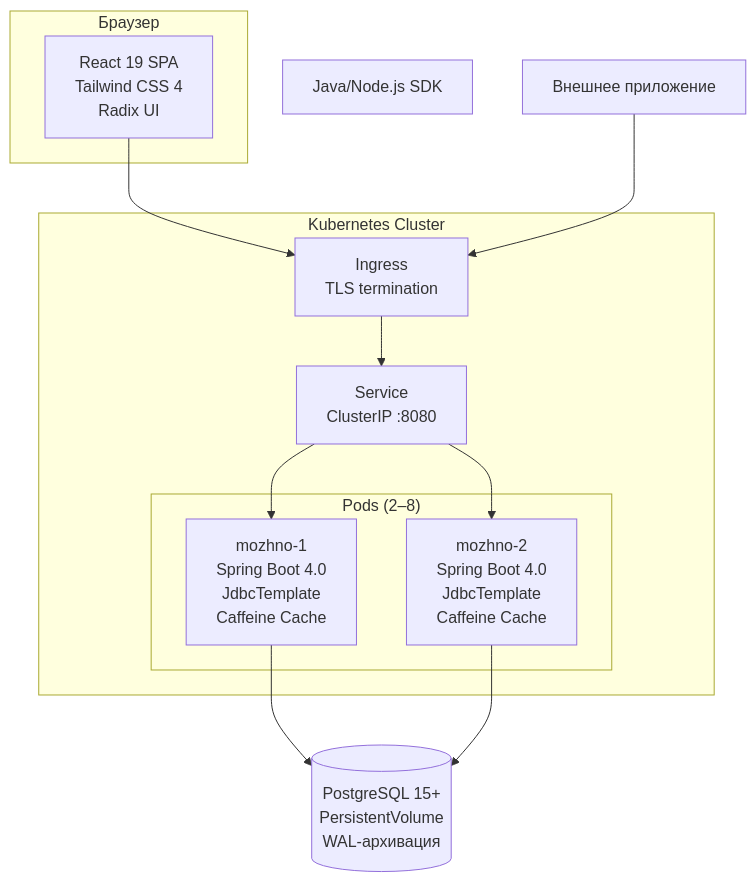
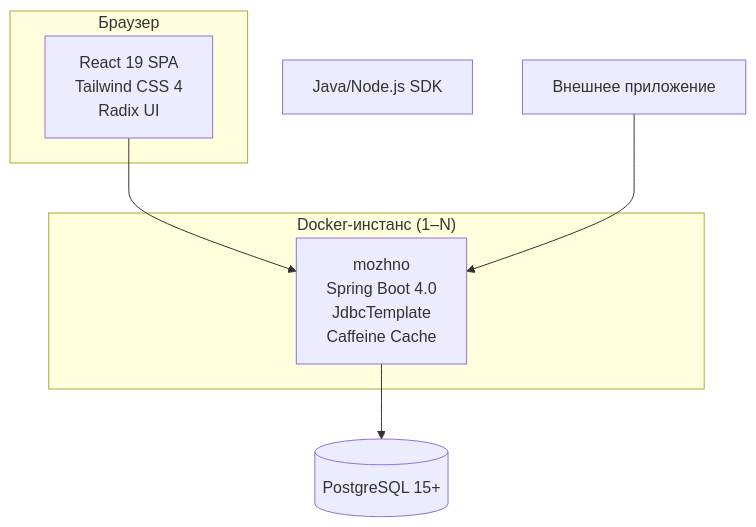
One commit to edgar-dev20/mozhno changed the sixth of 6 diagrams in docs/advanced/architecture.md. Above: the diagram before and after it, drawn with Mermaid. The commit also changed other lines of this file and 18 other files, not shown here.

````diff
--- a/docs/advanced/architecture.md
+++ b/docs/advanced/architecture.md
@@ -267,28 +267,19 @@
 ```mermaid
 graph TB
     subgraph "Браузер"
         SPA[React 19 SPA<br/>Tailwind CSS 4<br/>Radix UI]
     end
 
-    subgraph "Kubernetes Cluster"
-        INGRESS[Ingress<br/>TLS termination]
-        subgraph "Pods (2–8)"
-            P1[mozhno-1<br/>Spring Boot 4.0<br/>JdbcTemplate<br/>Caffeine Cache]
-            P2[mozhno-2<br/>Spring Boot 4.0<br/>JdbcTemplate<br/>Caffeine Cache]
-        end
-        SVC[Service<br/>ClusterIP :8080]
+    subgraph "Docker-инстанс (1–N)"
+        SRV[mozhno<br/>Spring Boot 4.0<br/>JdbcTemplate<br/>Caffeine Cache]
     end
 
-    PG[(PostgreSQL 15+<br/>PersistentVolume<br/>WAL-архивация)]
+    PG[(PostgreSQL 15+)]
 
     SDK[Java/Node.js SDK]
     SDK2[Внешнее приложение]
 
-    SPA --> INGRESS
-    INGRESS --> SVC
-    SVC --> P1
-    SVC --> P2
-    P1 --> PG
-    P2 --> PG
-    SDK2 --> INGRESS
+    SPA --> SRV
+    SRV --> PG
+    SDK2 --> SRV
 ```
````
